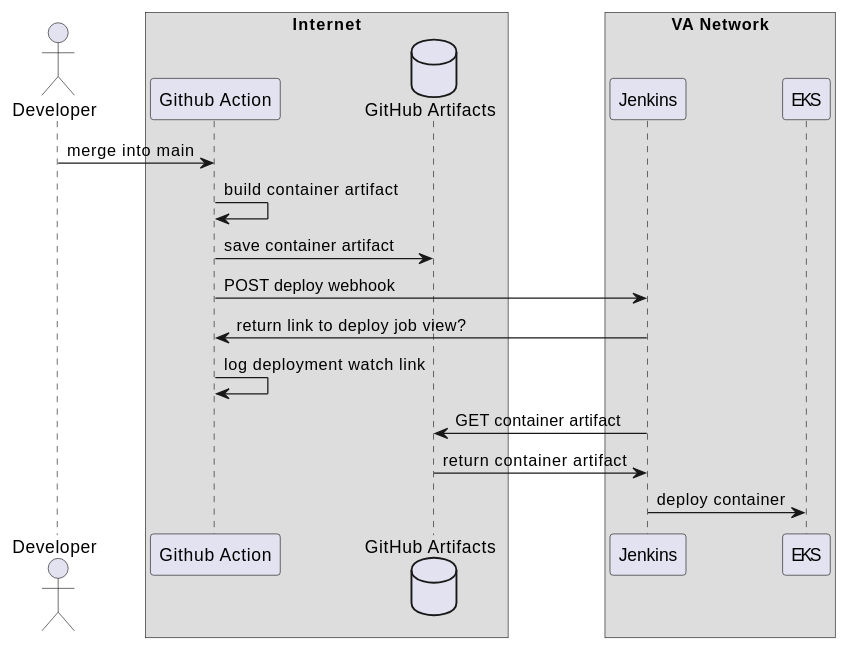
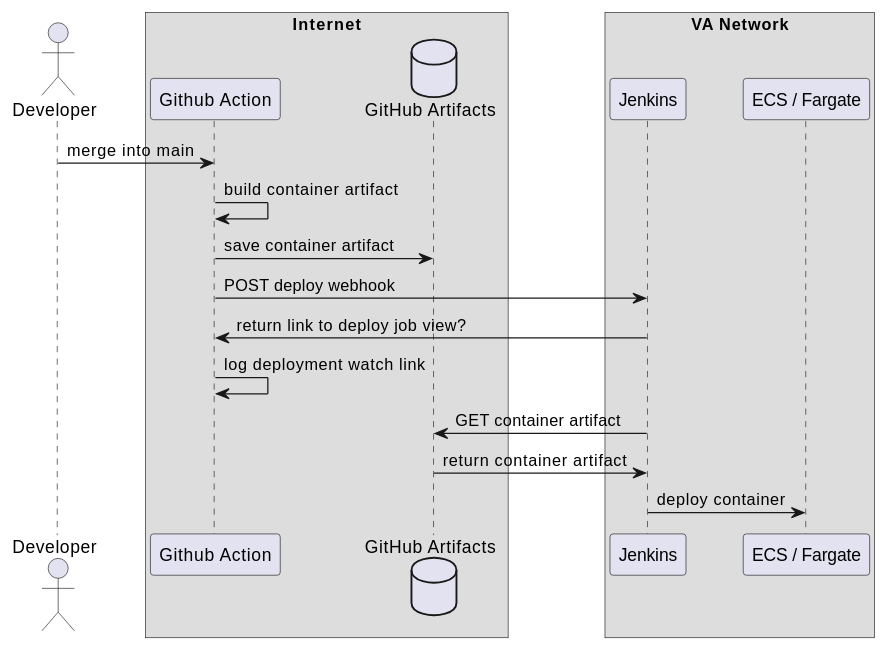
One commit to keyluck/lighthouse-backstage changed the first of 4 diagrams in docs/deployment.md. Above: the diagram before and after it, drawn with PlantUML. The commit also changed other lines of this file, not shown here.

````diff
--- a/docs/deployment.md
+++ b/docs/deployment.md
@@ -9,20 +9,20 @@
 ```plantuml
 actor Developer as dev 
 box "Internet"
 participant "Github Action" as builder
 database "GitHub Artifacts" as storage
 end box
 box VA Network
 participant "Jenkins" as deployer
-participant "EKS" as runner
+participant "ECS / Fargate" as runner
 end box
 dev->builder : merge into main
 builder->builder: build container artifact
 builder->storage : save container artifact
 builder->deployer: POST deploy webhook
 deployer->builder : return link to deploy job view?
 builder->builder : log deployment watch link
 deployer->storage : GET container artifact 
 storage->deployer : return container artifact
 deployer->runner : deploy container
 ```
````
